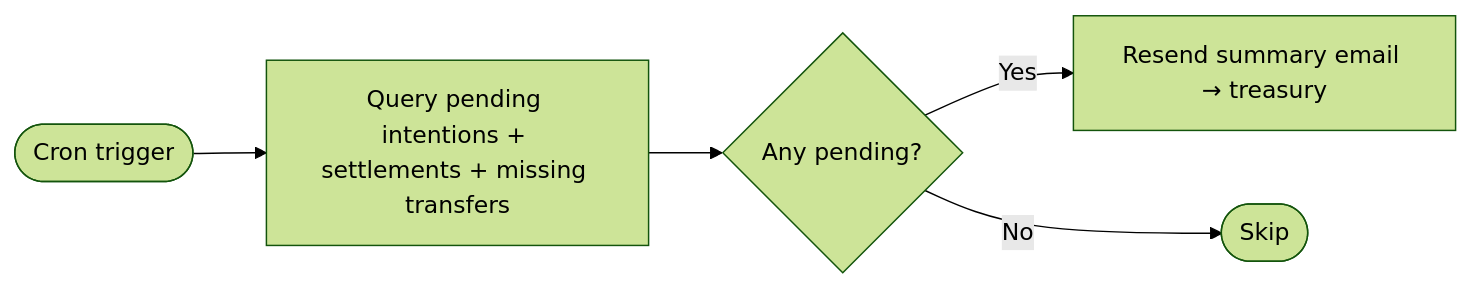
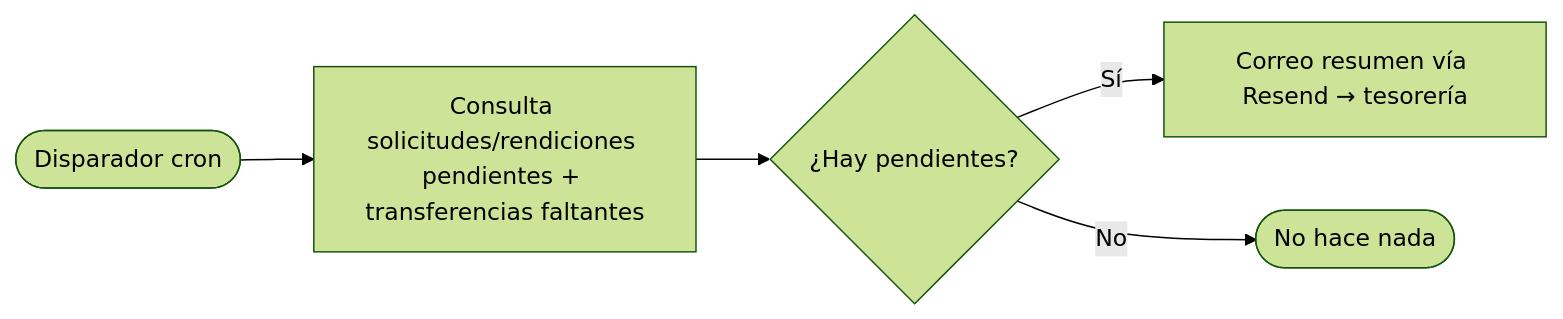
One commit to Torfel0312/sistema_contable_pibt changed diagram 11 of 11 in docs/flows.md. Above: the diagram before and after it, drawn with Mermaid (forest theme). The commit also changed other lines of this file and 11 other files, not shown here.

Commit message:
docs: refresh roles/permissions/auth docs and translate diagrams to Spanish (#83)

````diff
--- a/docs/flows.md
+++ b/docs/flows.md
@@ -258,7 +262,7 @@
 ```mermaid
 flowchart LR
-    Cron([Cron trigger]) --> Q[Query pending intentions + settlements + missing transfers]
-    Q --> Check{Any pending?}
-    Check -- Yes --> Email[Resend summary email → treasury]
-    Check -- No --> Skip([Skip])
+    Cron(["Disparador cron"]) --> Q[Consulta solicitudes/rendiciones pendientes + transferencias faltantes]
+    Q --> Check{"¿Hay pendientes?"}
+    Check -- Sí --> Email[Correo resumen vía Resend → tesorería]
+    Check -- No --> Skip(["No hace nada"])
 ```
````
